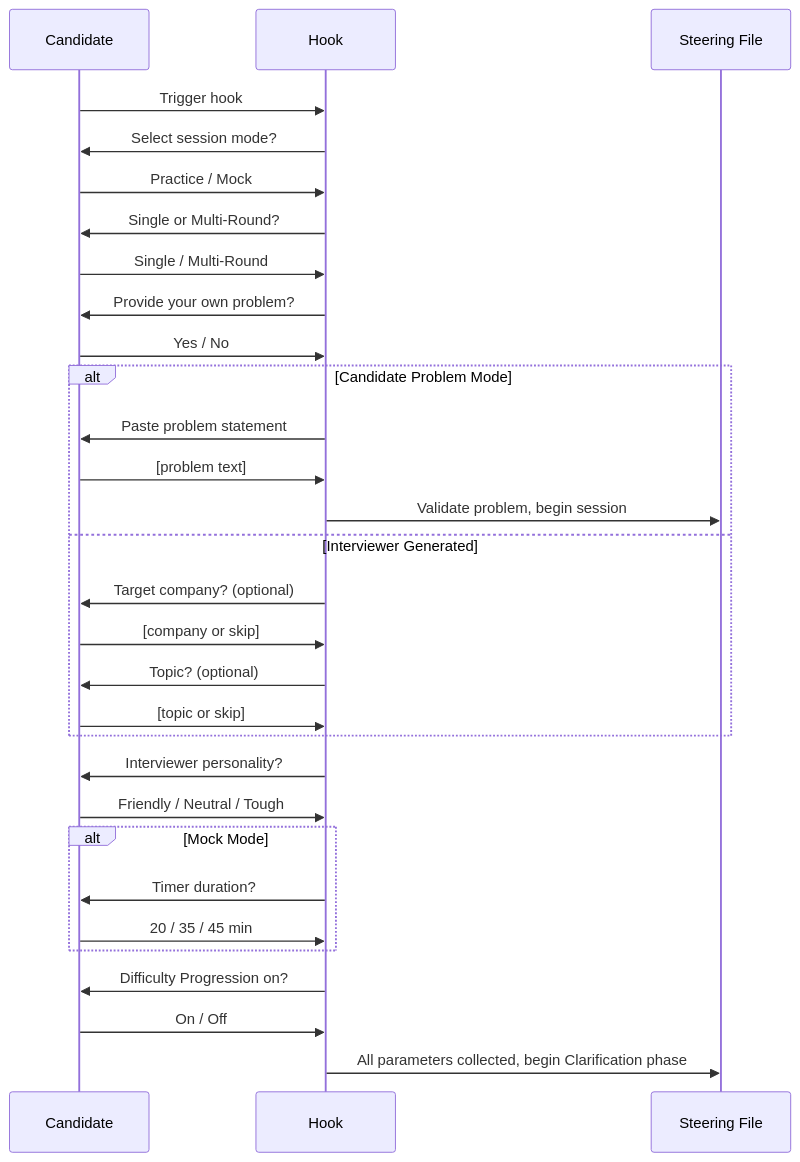
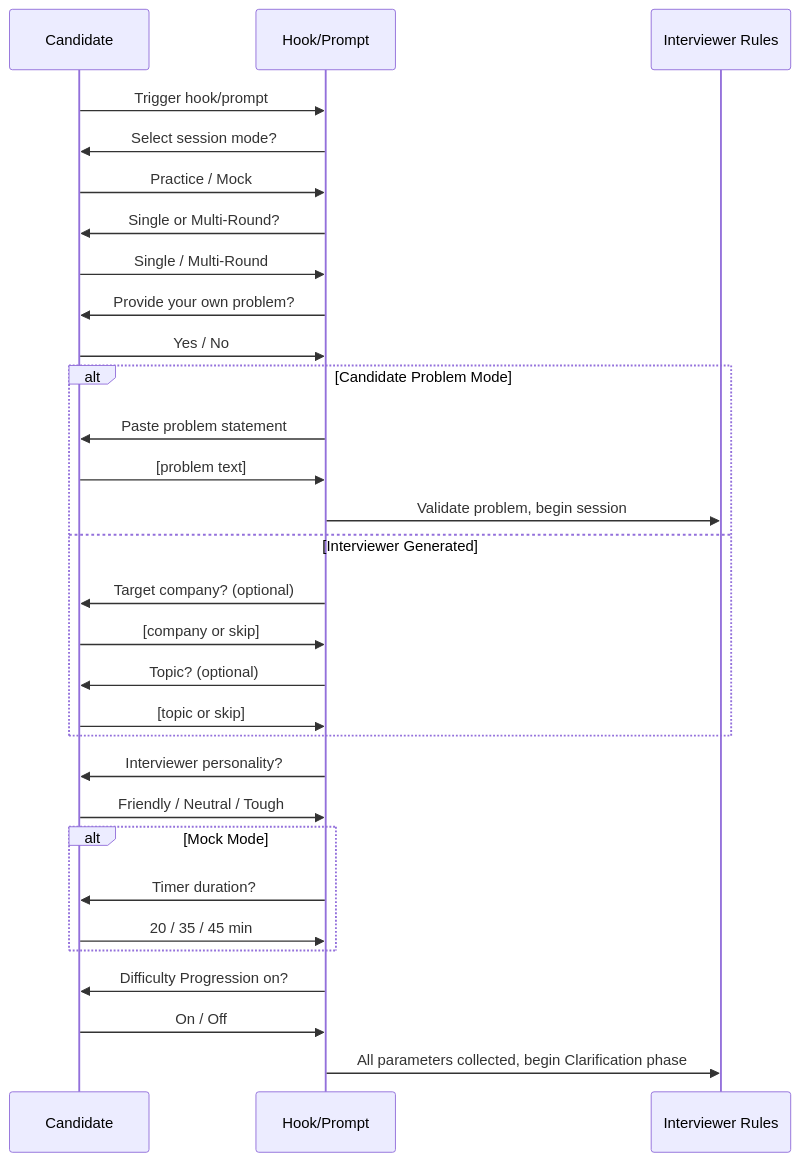
One commit to kartikth40/interview-sim changed the second of 2 diagrams in .kiro/specs/dsa-mock-interviewer/design.md. Above: the diagram before and after it, drawn with Mermaid. The commit also changed other lines of this file and 7 other files, not shown here.

````diff
--- a/.kiro/specs/dsa-mock-interviewer/design.md
+++ b/.kiro/specs/dsa-mock-interviewer/design.md
@@ -132,33 +155,33 @@
 ```mermaid
 sequenceDiagram
     participant C as Candidate
-    participant H as Hook
-    participant S as Steering File
+    participant H as Hook/Prompt
+    participant S as Interviewer Rules
 
-    C->>H: Trigger hook
+    C->>H: Trigger hook/prompt
     H->>C: Select session mode?
     C->>H: Practice / Mock
     H->>C: Single or Multi-Round?
     C->>H: Single / Multi-Round
     H->>C: Provide your own problem?
     C->>H: Yes / No
     alt Candidate Problem Mode
         H->>C: Paste problem statement
         C->>H: [problem text]
         H->>S: Validate problem, begin session
     else Interviewer Generated
         H->>C: Target company? (optional)
         C->>H: [company or skip]
         H->>C: Topic? (optional)
         C->>H: [topic or skip]
     end
     H->>C: Interviewer personality?
     C->>H: Friendly / Neutral / Tough
     alt Mock Mode
         H->>C: Timer duration?
         C->>H: 20 / 35 / 45 min
     end
     H->>C: Difficulty Progression on?
     C->>H: On / Off
     H->>S: All parameters collected, begin Clarification phase
 ```
````
